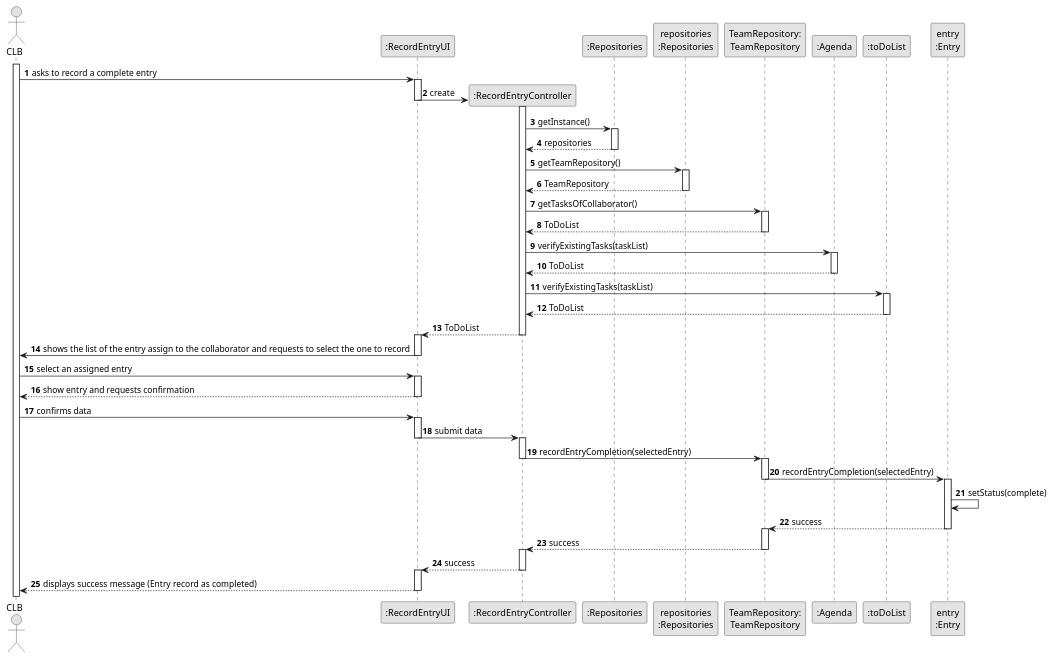
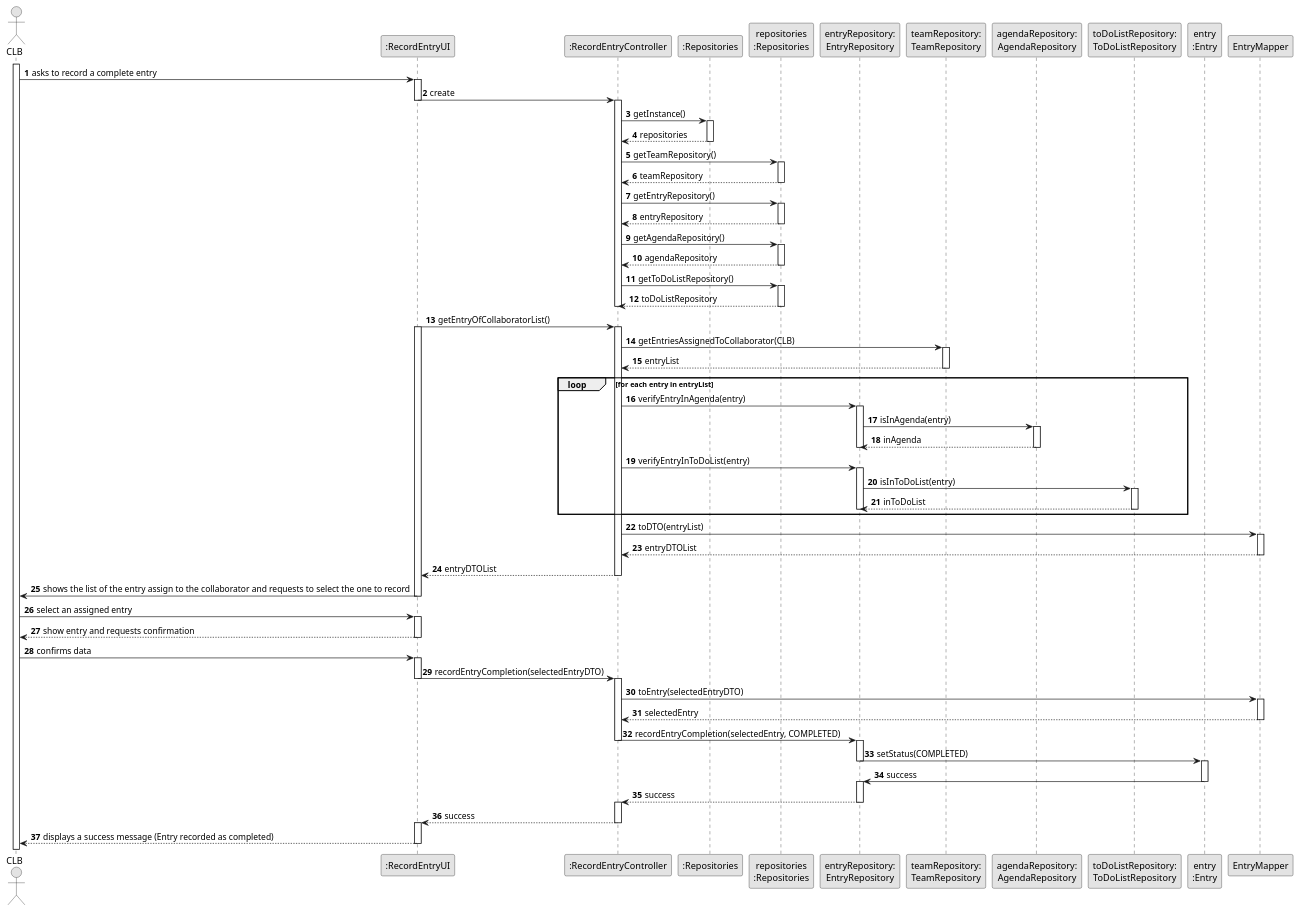
One commit to ricardomm7/leaflink changed the diagram in docs/sprintC/us029/03.design/puml/us029-sequence-diagram-full.puml. Above: the diagram before and after it, drawn with PlantUML. The commit also changed 23 other files, not shown here.

```diff
--- a/docs/sprintC/us029/03.design/puml/us029-sequence-diagram-full.puml
+++ b/docs/sprintC/us029/03.design/puml/us029-sequence-diagram-full.puml
@@ -1,105 +1,149 @@
 @startuml
 skinparam monochrome true
 skinparam packageStyle rectangle
 skinparam shadowing false
-
 
 autonumber
 
 actor "CLB" as CLB
 participant ":RecordEntryUI" as UI
 participant ":RecordEntryController" as CTRL
 participant ":Repositories" as RepositorySingleton
 participant "repositories\n:Repositories" as PLAT
-participant "TeamRepository:\nTeamRepository" as TeamRepository
-participant ":Agenda" as Agenda
-participant ":toDoList" as ToDoList
-
+participant "entryRepository:\nEntryRepository" as EntryRepo
+participant "teamRepository:\nTeamRepository" as TeamRepo
+participant "agendaRepository:\nAgendaRepository" as AgendaRepo
+participant "toDoListRepository:\nToDoListRepository" as ToDoRepo
 participant "entry\n:Entry" as Entry
-
+participant "EntryMapper" as EntryMapper
 
 activate CLB
 
     CLB -> UI : asks to record a complete entry
     activate UI
 
-        UI -> CTRL** : create
+        UI -> CTRL : create
         deactivate UI
-                activate CTRL
+        activate CTRL
 
             CTRL -> RepositorySingleton: getInstance()
             activate RepositorySingleton
 
                 RepositorySingleton --> CTRL: repositories
             deactivate RepositorySingleton
 
             CTRL -> PLAT : getTeamRepository()
             activate PLAT
 
-                PLAT --> CTRL: TeamRepository
+                PLAT --> CTRL: teamRepository
             deactivate PLAT
 
-            CTRL -> TeamRepository : getTasksOfCollaborator()
-            activate TeamRepository
+            CTRL -> PLAT : getEntryRepository()
+            activate PLAT
 
-                TeamRepository --> CTRL : ToDoList
-            deactivate TeamRepository
+                PLAT --> CTRL: entryRepository
+            deactivate PLAT
 
-            CTRL -> Agenda : verifyExistingTasks(taskList)
-            activate Agenda
+            CTRL -> PLAT : getAgendaRepository()
+            activate PLAT
 
-                Agenda --> CTRL : ToDoList
-            deactivate Agenda
+                PLAT --> CTRL: agendaRepository
+            deactivate PLAT
 
-            CTRL -> ToDoList : verifyExistingTasks(taskList)
-            activate ToDoList
+            CTRL -> PLAT : getToDoListRepository()
+            activate PLAT
 
-                ToDoList --> CTRL : ToDoList
-            deactivate ToDoList
+                PLAT --> CTRL: toDoListRepository
+            deactivate PLAT
 
-            CTRL --> UI : ToDoList
         deactivate CTRL
+
+        UI -> CTRL: getEntryOfCollaboratorList()
         activate UI
+        activate CTRL
+
+            CTRL -> TeamRepo: getEntriesAssignedToCollaborator(CLB)
+            activate TeamRepo
+
+                TeamRepo --> CTRL: entryList
+            deactivate TeamRepo
+
+            loop for each entry in entryList
+                CTRL -> EntryRepo: verifyEntryInAgenda(entry)
+                activate EntryRepo
+
+                    EntryRepo -> AgendaRepo: isInAgenda(entry)
+                    activate AgendaRepo
+
+                        AgendaRepo --> EntryRepo: inAgenda
+                    deactivate AgendaRepo
+
+                deactivate EntryRepo
+
+                CTRL -> EntryRepo: verifyEntryInToDoList(entry)
+                activate EntryRepo
+
+                    EntryRepo -> ToDoRepo: isInToDoList(entry)
+                    activate ToDoRepo
+
+                        ToDoRepo --> EntryRepo: inToDoList
+                    deactivate ToDoRepo
+
+                deactivate EntryRepo
+            end
+
+            CTRL -> EntryMapper : toDTO(entryList)
+            activate EntryMapper
+
+                EntryMapper --> CTRL : entryDTOList
+            deactivate EntryMapper
+
+            CTRL --> UI : entryDTOList
+        deactivate CTRL
 
         UI -> CLB : shows the list of the entry assign to the collaborator and requests to select the one to record
     deactivate UI
 
     CLB -> UI : select an assigned entry
     activate UI
 
         UI --> CLB : show entry and requests confirmation
     deactivate UI
 
     CLB -> UI : confirms data
     activate UI
 
-        UI -> CTRL : submit data
+        UI -> CTRL : recordEntryCompletion(selectedEntryDTO)
         deactivate UI
         activate CTRL
 
-            CTRL -> TeamRepository : recordEntryCompletion(selectedEntry)
+            CTRL -> EntryMapper : toEntry(selectedEntryDTO)
+            activate EntryMapper
+
+                EntryMapper --> CTRL : selectedEntry
+            deactivate EntryMapper
+
+            CTRL -> EntryRepo : recordEntryCompletion(selectedEntry, COMPLETED)
             deactivate CTRL
-            activate TeamRepository
+            activate EntryRepo
 
-                TeamRepository -> Entry : recordEntryCompletion(selectedEntry)
-                deactivate TeamRepository
+                EntryRepo -> Entry : setStatus(COMPLETED)
+                deactivate EntryRepo
                 activate Entry
 
-                    Entry -> Entry : setStatus(complete)
+                Entry -> EntryRepo : success
+                deactivate Entry
+                activate EntryRepo
 
-                Entry --> TeamRepository : success
-                deactivate Entry
-                activate TeamRepository
-
-            TeamRepository --> CTRL : success
-            deactivate TeamRepository
+            EntryRepo --> CTRL : success
+            deactivate EntryRepo
             activate CTRL
 
             CTRL --> UI : success
         deactivate CTRL
         activate UI
 
-        UI --> CLB : displays success message (Entry record as completed)
+        UI --> CLB : displays a success message (Entry recorded as completed)
     deactivate UI
 
 @enduml
```
